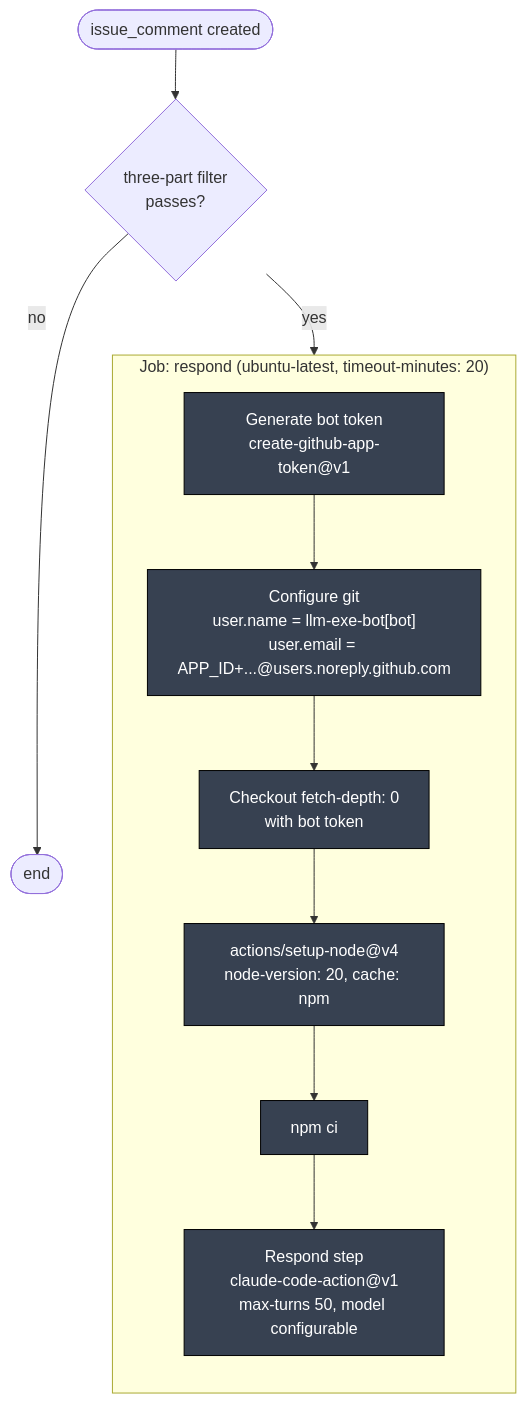
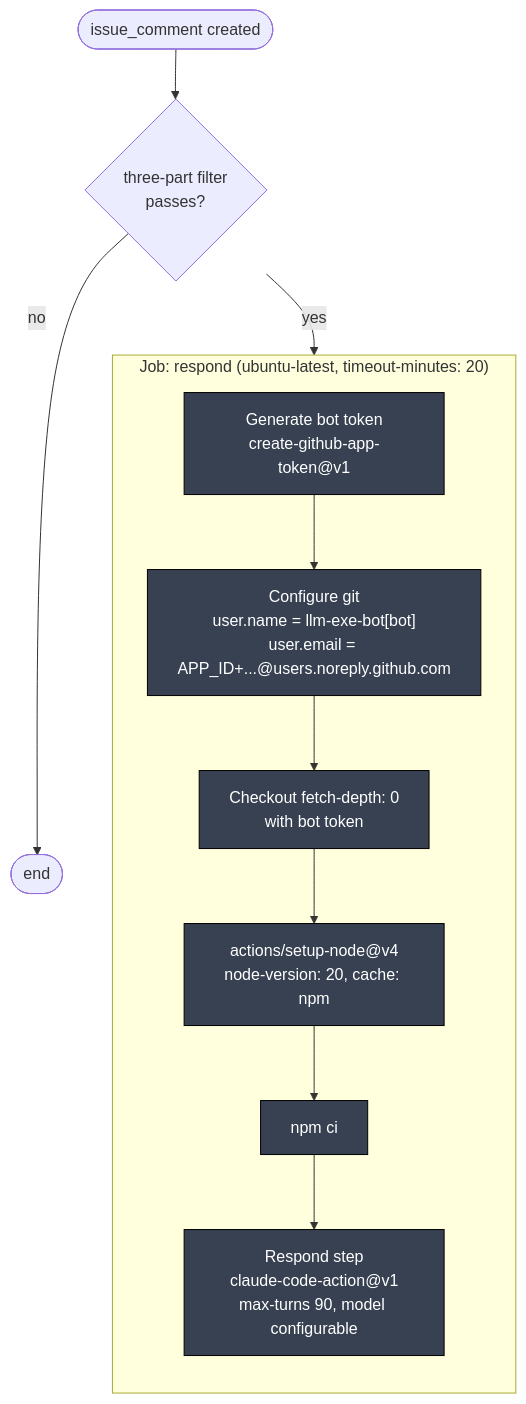
Before and after one commit to llm-exe/llm-exe: the third of 13 diagrams in .github/docs/BOT_RESPOND_DEEP_DIVE.md, drawn with Mermaid. The commit also changed other lines of this file and 2 other files, not shown here.

First line of the commit message:
docs: sync bot-respond deep dive after max-turns bump to 90

````diff
--- a/.github/docs/BOT_RESPOND_DEEP_DIVE.md
+++ b/.github/docs/BOT_RESPOND_DEEP_DIVE.md
@@ -142,21 +142,21 @@
 ```mermaid
 flowchart TB
     classDef job fill:#1e3a8a,color:#fff,stroke:#000
     classDef step fill:#374151,color:#fff,stroke:#000
 
     start([issue_comment created])
     start --> filt{three-part filter\npasses?}
     filt -->|no| stop([end])
     filt -->|yes| J
 
     subgraph J["Job: respond (ubuntu-latest, timeout-minutes: 20)"]
         direction TB
         s1["Generate bot token\ncreate-github-app-token@v1"]:::step
         s2["Configure git\nuser.name = llm-exe-bot[bot]\nuser.email = APP_ID+...@users.noreply.github.com"]:::step
         s3["Checkout fetch-depth: 0\nwith bot token"]:::step
         s4["actions/setup-node@v4\nnode-version: 20, cache: npm"]:::step
         s5["npm ci"]:::step
-        s6["Respond step\nclaude-code-action@v1\nmax-turns 50, model configurable"]:::step
+        s6["Respond step\nclaude-code-action@v1\nmax-turns 90, model configurable"]:::step
         s1 --> s2 --> s3 --> s4 --> s5 --> s6
     end
 ```
````
